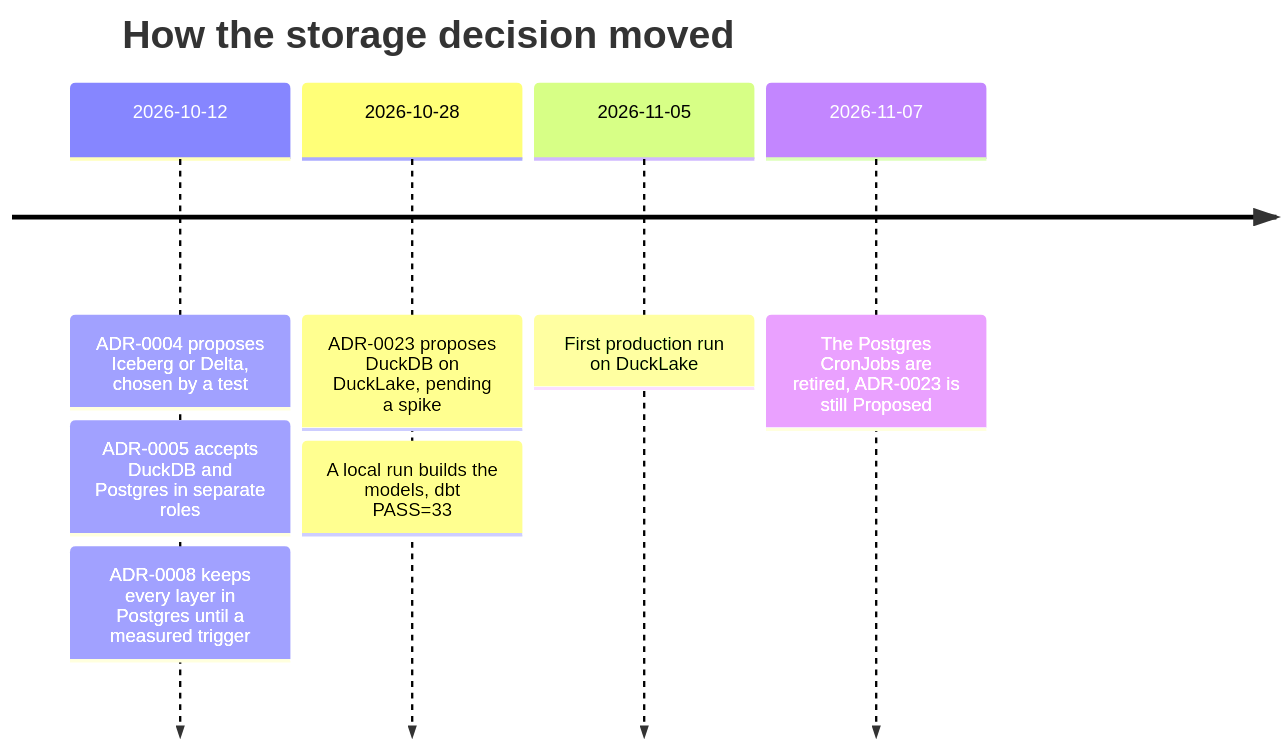
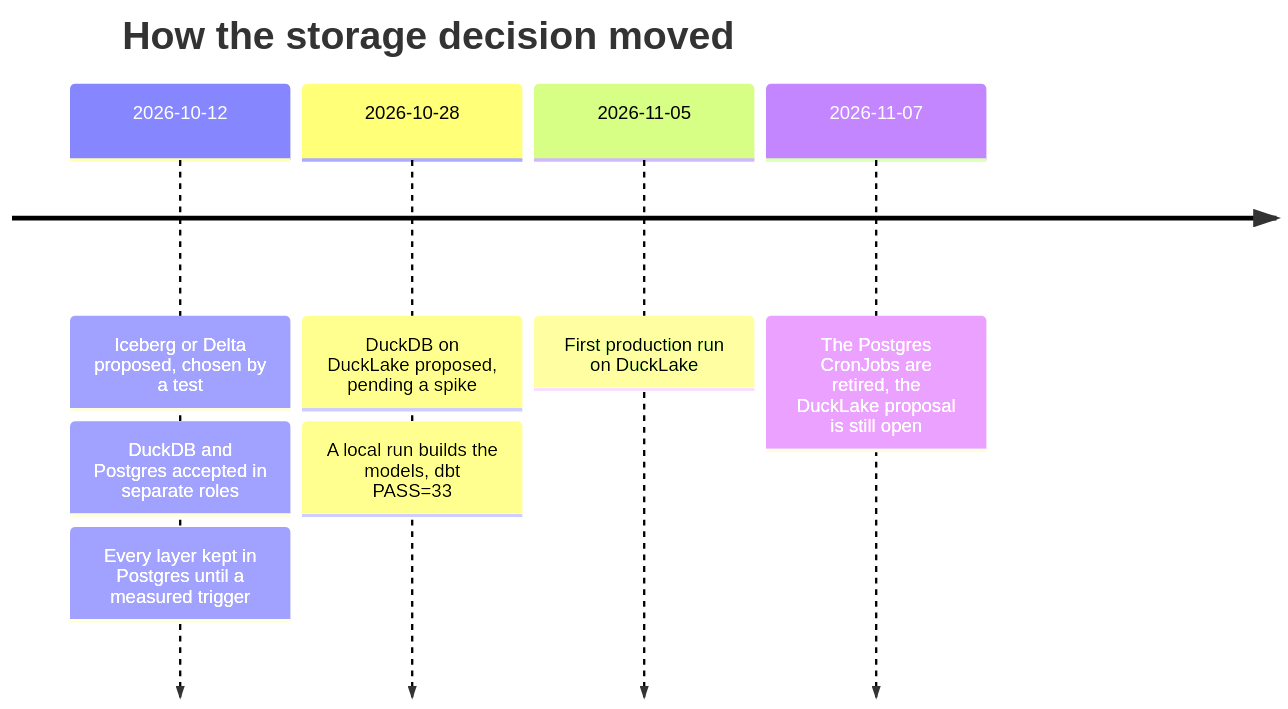
Before and after one commit to FilipeFantini/ofantini.com: the diagram in src/content/diagrams/modeling-postgres-then-ducklake.mmd, drawn with Mermaid. The commit also changed 2 other files, not shown here.

Commit message:
content(modeling): postgres-then-ducklake in the operator's voice
First person, decision names instead of ADR numbers (also in the timeline
diagram, re-rendered), readable source labels. Facts, numbers and URLs are
unchanged.

```diff
--- a/src/content/diagrams/modeling-postgres-then-ducklake.mmd
+++ b/src/content/diagrams/modeling-postgres-then-ducklake.mmd
@@ -1,9 +1,9 @@
 timeline
     title How the storage decision moved
-    2026-10-12 : ADR-0004 proposes Iceberg or Delta, chosen by a test
-               : ADR-0005 accepts DuckDB and Postgres in separate roles
-               : ADR-0008 keeps every layer in Postgres until a measured trigger
-    2026-10-28 : ADR-0023 proposes DuckDB on DuckLake, pending a spike
+    2026-10-12 : Iceberg or Delta proposed, chosen by a test
+               : DuckDB and Postgres accepted in separate roles
+               : Every layer kept in Postgres until a measured trigger
+    2026-10-28 : DuckDB on DuckLake proposed, pending a spike
                : A local run builds the models, dbt PASS=33
     2026-11-05 : First production run on DuckLake
-    2026-11-07 : The Postgres CronJobs are retired, ADR-0023 is still Proposed
+    2026-11-07 : The Postgres CronJobs are retired, the DuckLake proposal is still open
```
